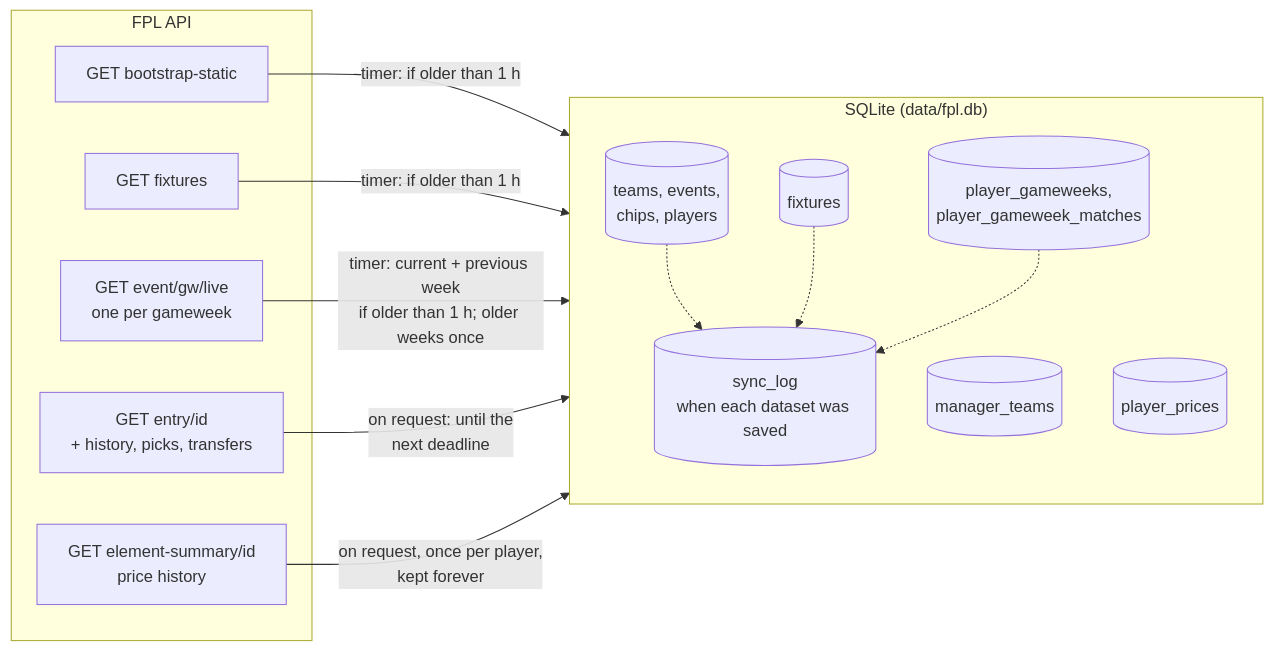
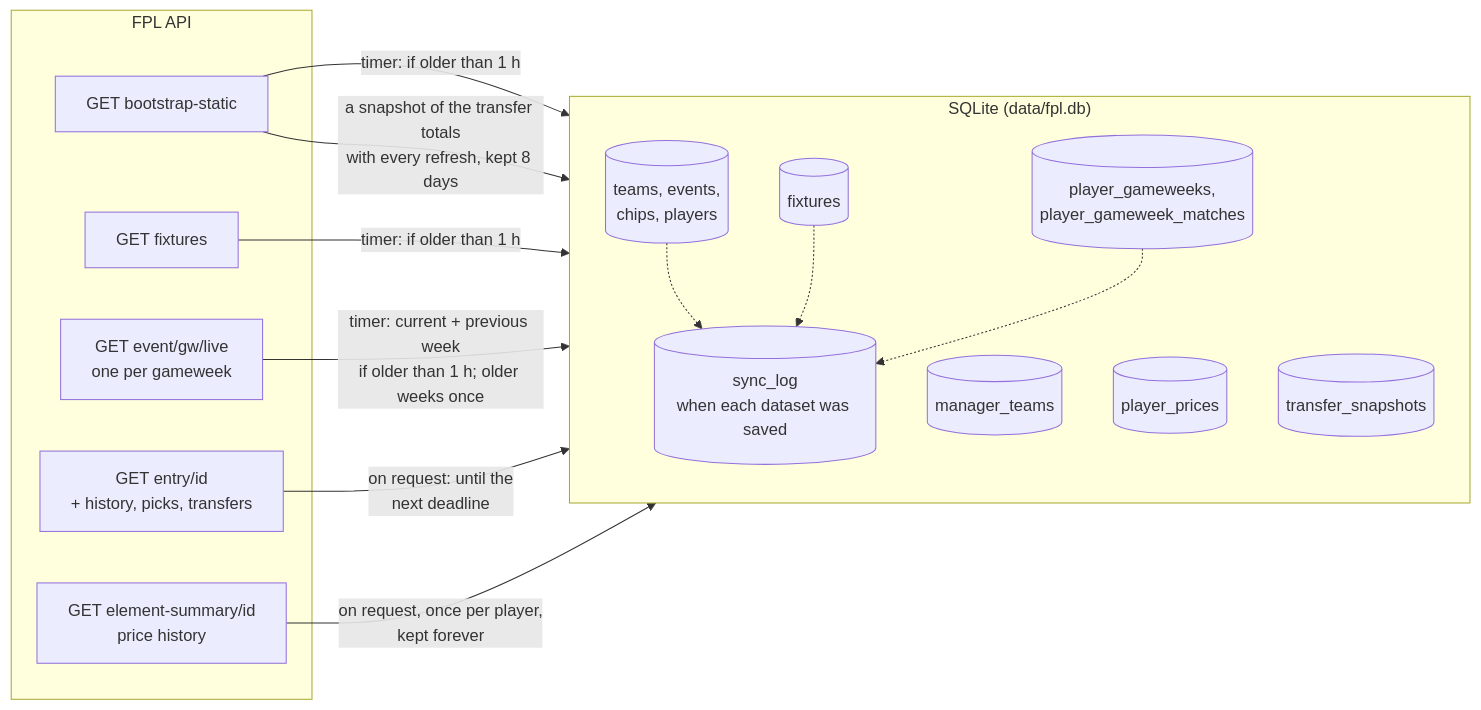
Before and after one commit to KaartikeyNatrajan/SquadScout: the third of 13 diagrams in docs/architecture.md, drawn with Mermaid. The commit also changed other lines of this file and 20 other files, not shown here.

````diff
--- a/docs/architecture.md
+++ b/docs/architecture.md
@@ -164,27 +165,29 @@
 ```mermaid
 flowchart LR
     subgraph api["FPL API"]
         bs["GET bootstrap-static"]
         fx["GET fixtures"]
         ev["GET event/gw/live<br/>one per gameweek"]
         en["GET entry/id<br/>+ history, picks, transfers"]
         es["GET element-summary/id<br/>price history"]
     end
 
     subgraph store["SQLite (data/fpl.db)"]
         direction TB
         t1[("teams, events,<br/>chips, players")]
         t2[("fixtures")]
         t3[("player_gameweeks,<br/>player_gameweek_matches")]
         t4[("manager_teams")]
         t5[("player_prices")]
+        t6[("transfer_snapshots")]
         log[("sync_log<br/>when each dataset was saved")]
     end
 
     bs -- "timer: if older than 1 h" --> t1
     fx -- "timer: if older than 1 h" --> t2
     ev -- "timer: current + previous week<br/>if older than 1 h; older weeks once" --> t3
     en -- "on request: until the<br/>next deadline" --> t4
     es -- "on request, once per player,<br/>kept forever" --> t5
+    bs -- "a snapshot of the transfer totals<br/>with every refresh, kept 8 days" --> t6
     t1 & t2 & t3 -.-> log
 ```
````
